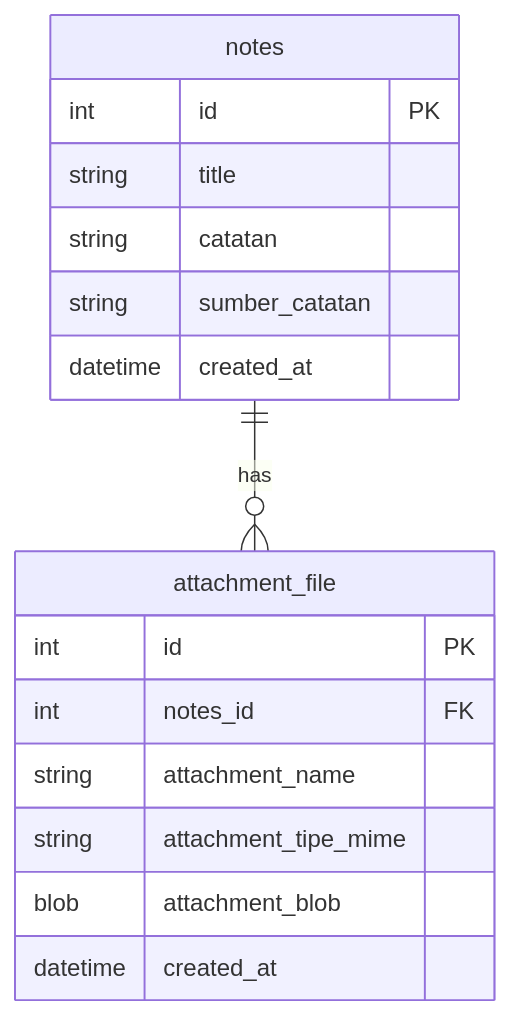
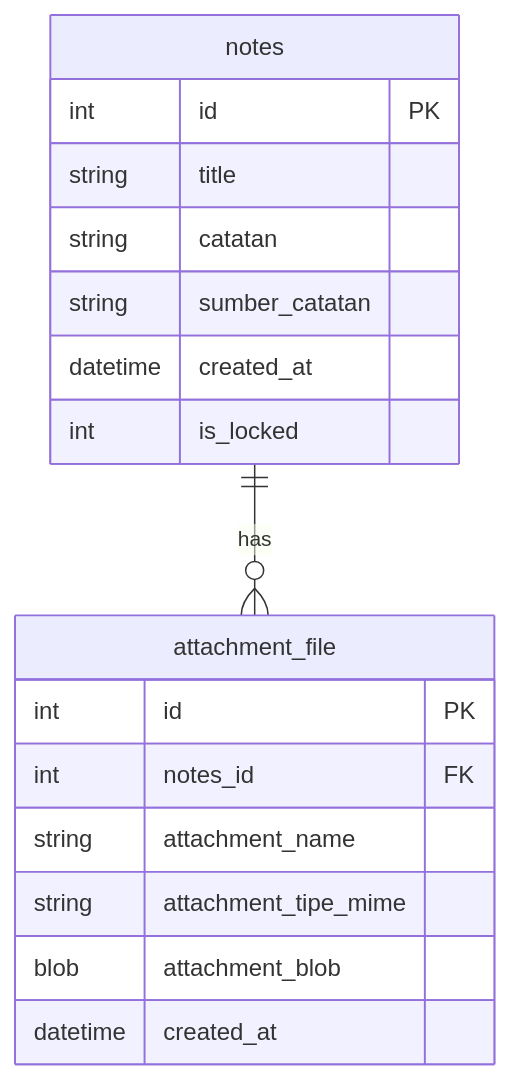
One commit to sm-alfariz/python-ui-notes-app changed the diagram in README.md. Above: the diagram before and after it, drawn with Mermaid. The commit also changed other lines of this file, not shown here.

First line of the commit message:
docs: update README with lock feature, table changes, and DB schema

````diff
--- a/README.md
+++ b/README.md
@@ -90,19 +90,20 @@
 ```mermaid
 erDiagram
     notes ||--o{ attachment_file : "has"
     notes {
         int id PK
         string title
         string catatan
         string sumber_catatan
         datetime created_at
+        int is_locked
     }
     attachment_file {
         int id PK
         int notes_id FK
         string attachment_name
         string attachment_tipe_mime
         blob attachment_blob
         datetime created_at
     }
 ```
````
